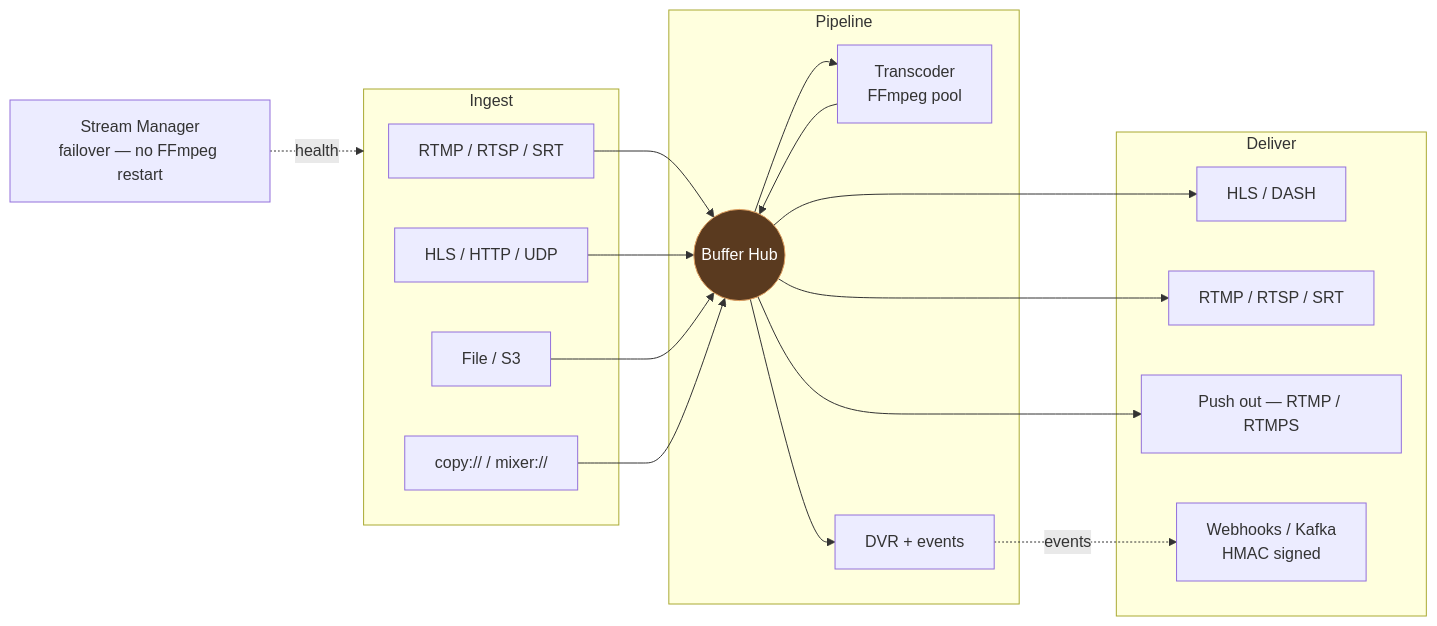
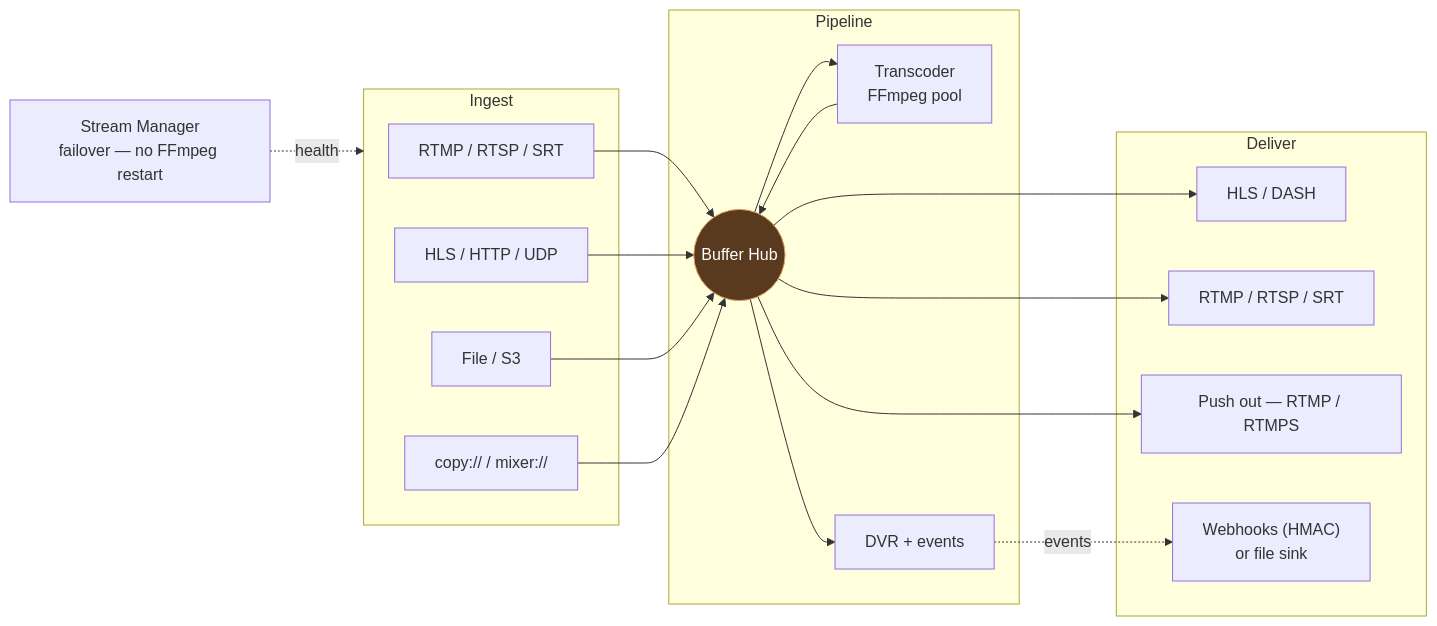
One commit to ntt0601zcoder/open-streamer changed the diagram in README.md. Above: the diagram before and after it, drawn with Mermaid. The commit also changed other lines of this file and 16 other files, not shown here.

Commit message:
refactor: remove Kafka hook support and replace with file sink delivery for event logging

````diff
--- a/README.md
+++ b/README.md
@@ -14,40 +14,40 @@
 ```mermaid
 flowchart LR
     subgraph Ingest
         S1["RTMP / RTSP / SRT"]
         S2["HLS / HTTP / UDP"]
         S3["File / S3"]
         S4["copy:// / mixer://"]
     end
 
     subgraph Pipeline
         Hub(("Buffer Hub")):::data
         Tx["Transcoder<br/>FFmpeg pool"]
         DVR["DVR + events"]
         Hub --> Tx
         Tx --> Hub
         Hub --> DVR
     end
 
     subgraph Deliver
         D1["HLS / DASH"]
         D2["RTMP / RTSP / SRT"]
         D3["Push out — RTMP / RTMPS"]
-        D4["Webhooks / Kafka<br/>HMAC signed"]
+        D4["Webhooks (HMAC)<br/>or file sink"]
     end
 
     S1 --> Hub
     S2 --> Hub
     S3 --> Hub
     S4 --> Hub
 
     Hub --> D1
     Hub --> D2
     Hub --> D3
     DVR -.->|"events"| D4
 
     Mgr["Stream Manager<br/>failover — no FFmpeg restart"]
     Mgr -.->|"health"| Ingest
 
     classDef data fill:#5a3a1f,stroke:#e0a060,color:#fff
 ```
````
